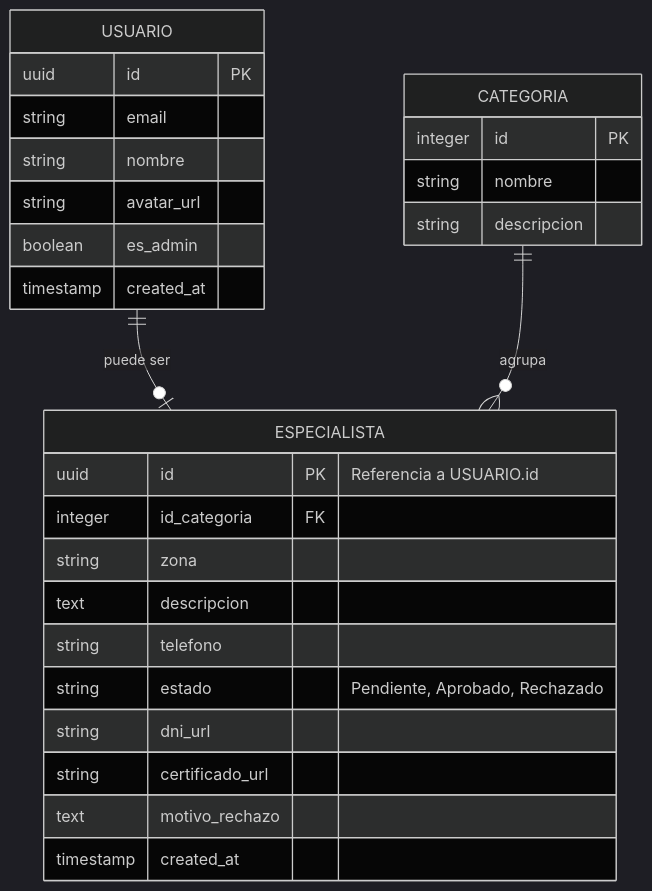
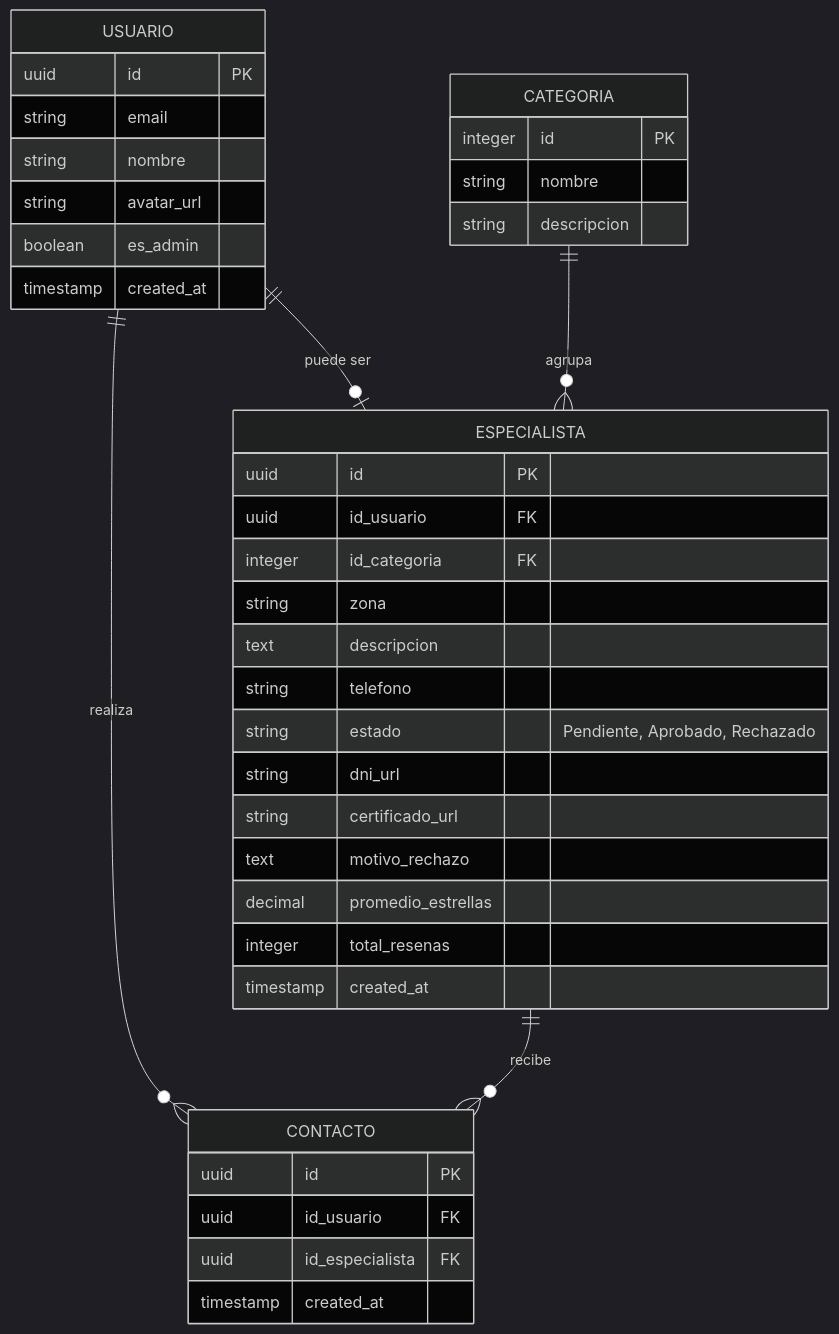
The diagram in 4to_Semestre/Trabajo_Final/docs/BaseDeDatos.md (Lucenear/Tecnicatura_Programacion_UTN), drawn with Mermaid (dark theme) before and after one commit. The commit also changed other lines of this file and 22 other files, not shown here.

````diff
--- a/4to_Semestre/Trabajo_Final/docs/BaseDeDatos.md
+++ b/4to_Semestre/Trabajo_Final/docs/BaseDeDatos.md
@@ -5,33 +5,45 @@
 ```mermaid
 erDiagram
     USUARIO {
         uuid id PK
         string email
         string nombre
         string avatar_url
         boolean es_admin
         timestamp created_at
     }
 
     CATEGORIA {
         integer id PK
         string nombre
         string descripcion
     }
 
     ESPECIALISTA {
-        uuid id PK "Referencia a USUARIO.id"
+        uuid id PK
+        uuid id_usuario FK
         integer id_categoria FK
         string zona
         text descripcion
         string telefono
         string estado "Pendiente, Aprobado, Rechazado"
         string dni_url
         string certificado_url
         text motivo_rechazo
+        decimal promedio_estrellas
+        integer total_resenas
+        timestamp created_at
+    }
+
+    CONTACTO {
+        uuid id PK
+        uuid id_usuario FK
+        uuid id_especialista FK
         timestamp created_at
     }
 
     USUARIO ||--o| ESPECIALISTA : "puede ser"
     CATEGORIA ||--o{ ESPECIALISTA : "agrupa"
+    USUARIO ||--o{ CONTACTO : "realiza"
+    ESPECIALISTA ||--o{ CONTACTO : "recibe"
 ```
````
